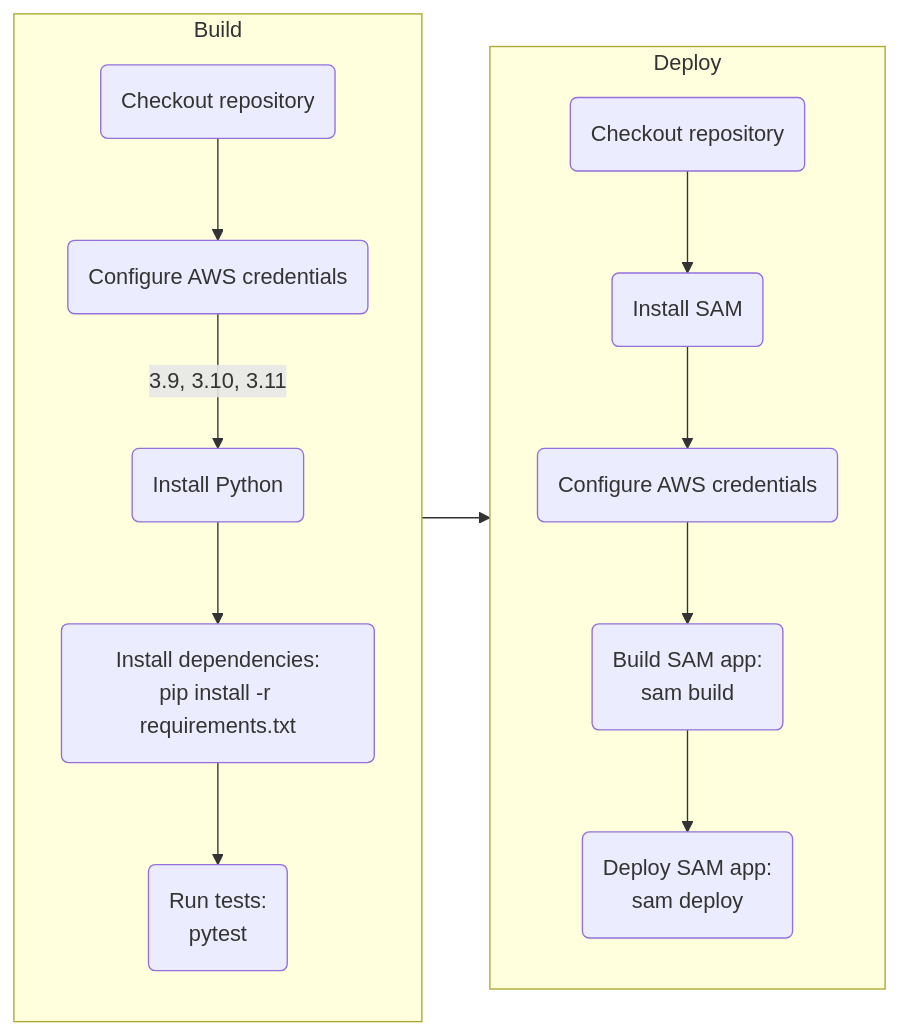
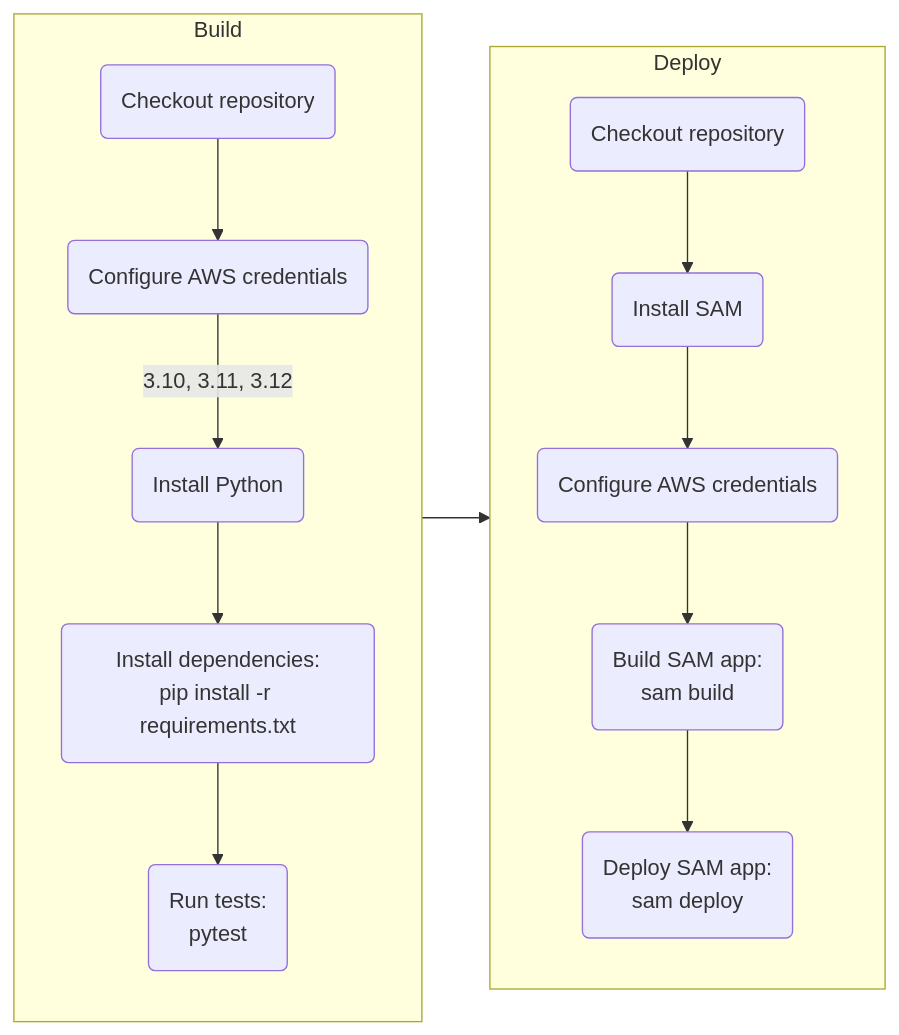
The second of 4 diagrams in README.md (Abhiek187/aws-shop), drawn with Mermaid before and after one commit. The commit also changed other lines of this file and 5 other files, not shown here.

````diff
--- a/README.md
+++ b/README.md
@@ -83,21 +83,21 @@
 ```mermaid
 flowchart LR
 
 A --> B
 
 subgraph A [Build]
 direction TB
 C(Checkout repository) --> D(Configure AWS credentials)
-D -->|3.9, 3.10, 3.11| E(Install Python)
+D -->|3.10, 3.11, 3.12| E(Install Python)
 E --> F(Install dependencies:\npip install -r requirements.txt)
 F --> G(Run tests:\npytest)
 end
 
 subgraph B [Deploy]
 direction TB
 H(Checkout repository) --> I(Install SAM)
 I --> J(Configure AWS credentials)
 J --> K(Build SAM app:\nsam build)
 K --> L(Deploy SAM app:\nsam deploy)
 end
 ```
````
